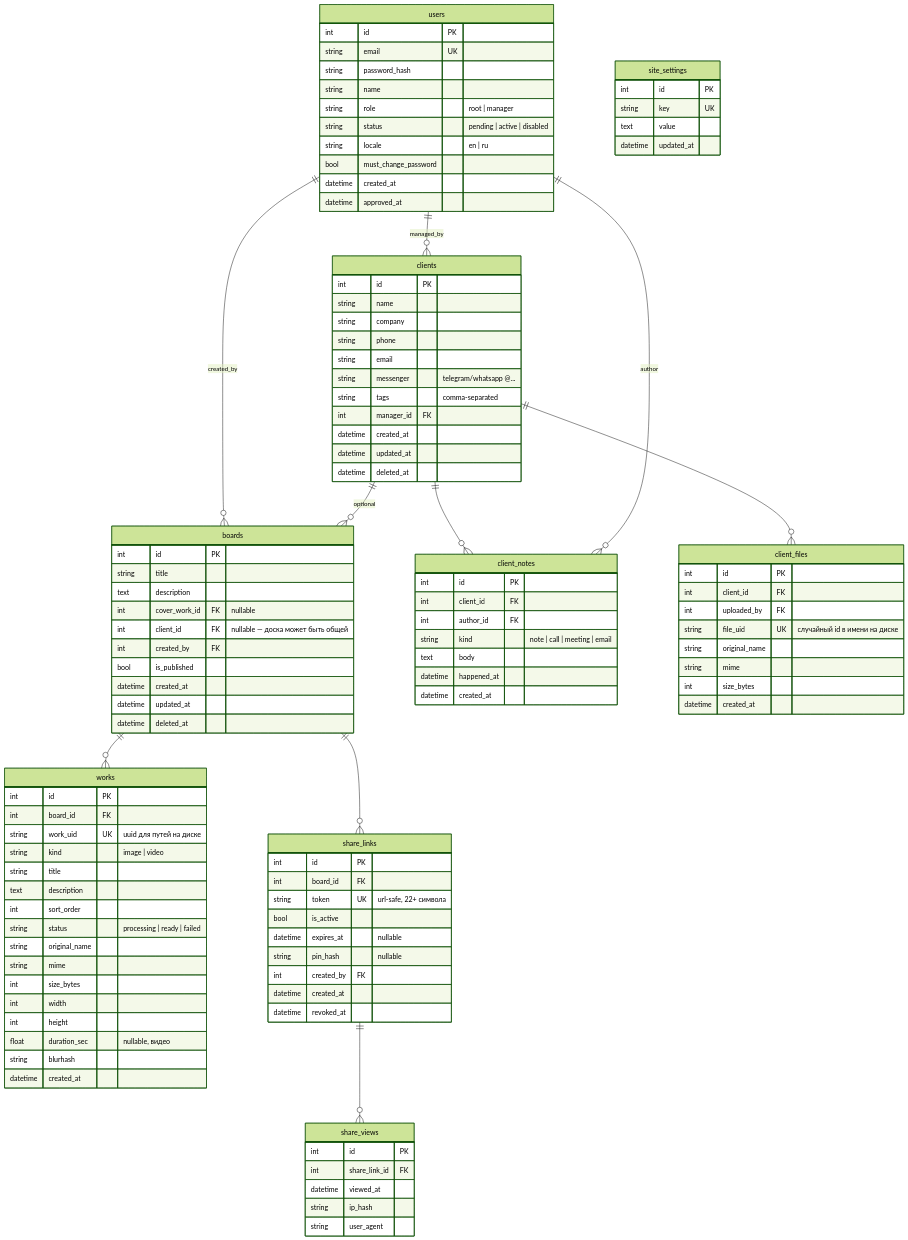
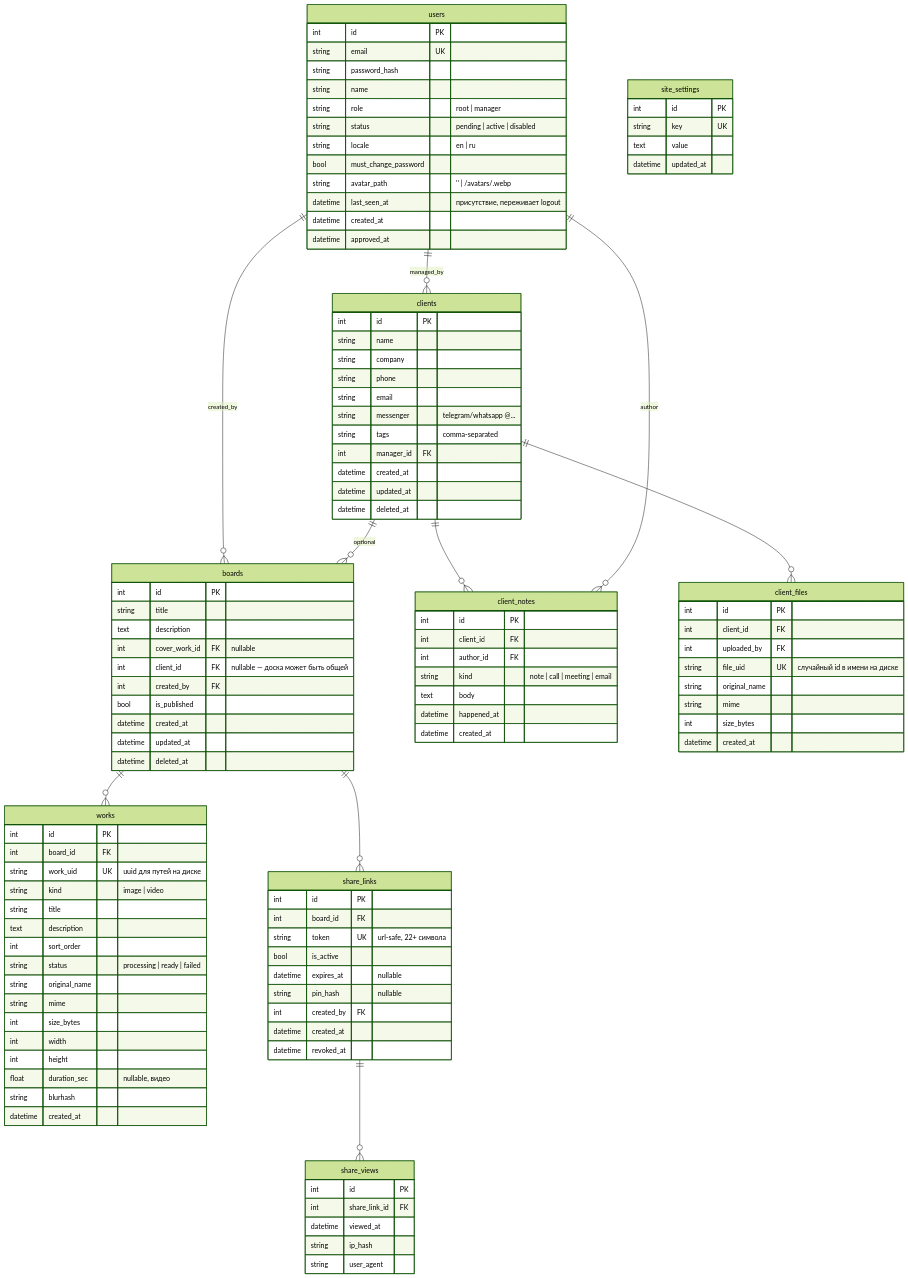
One commit to DenisHumen/OpenCRM changed the diagram in docs/03-database.md. Above: the diagram before and after it, drawn with Mermaid (forest theme). The commit also changed other lines of this file and 52 other files, not shown here.

```diff
--- a/docs/03-database.md
+++ b/docs/03-database.md
@@ -31,6 +31,8 @@
         string status "pending | active | disabled"
         string locale "en | ru"
         bool must_change_password
+        string avatar_path "'' | /avatars/<uuid>.webp"
+        datetime last_seen_at "присутствие, переживает logout"
         datetime created_at
         datetime approved_at
     }
```
